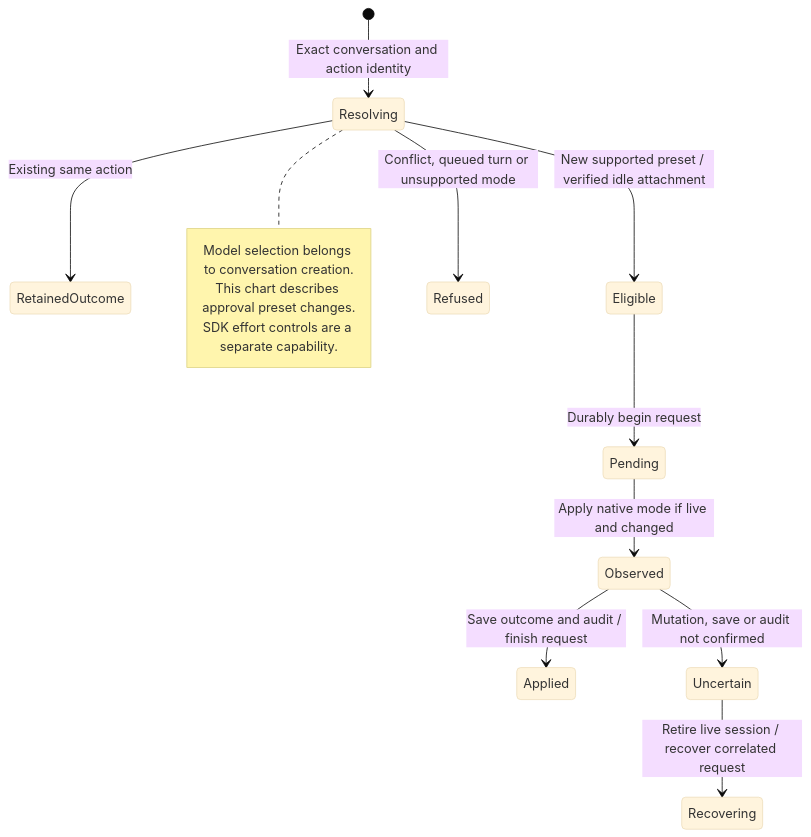
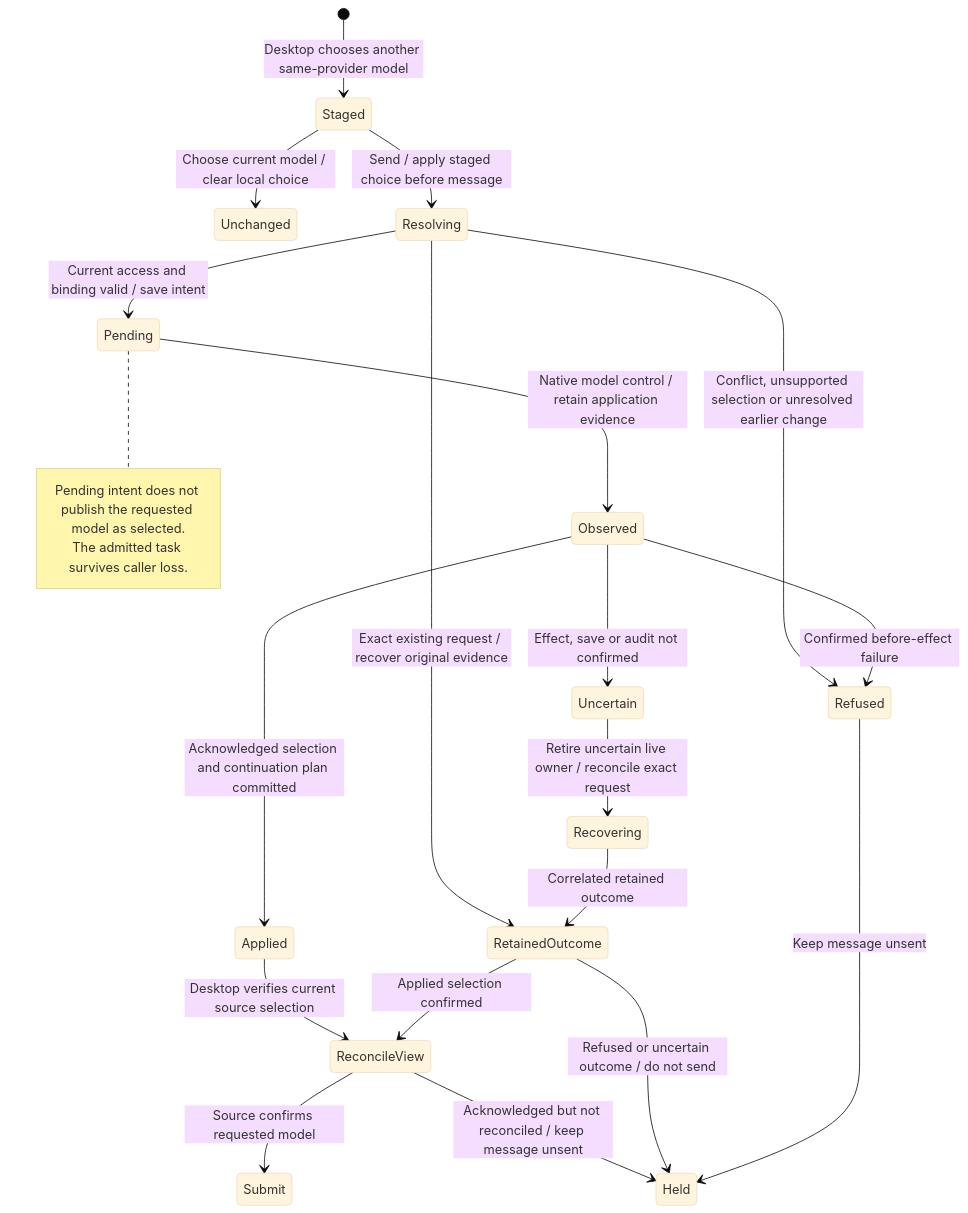
One commit to nessalabs/nessa-agent changed the diagram in docs/state/services/sdk/runtime/select-a-model-approval-preset-or-reasoning-effort.md. Above: the diagram before and after it, drawn with Mermaid (base theme). The commit also changed other lines of this file and 16 other files, not shown here.

Commit message:
docs: reconcile state diagrams with current main lifecycles

````diff
--- a/docs/state/services/sdk/runtime/select-a-model-approval-preset-or-reasoning-effort.md
+++ b/docs/state/services/sdk/runtime/select-a-model-approval-preset-or-reasoning-effort.md
@@ -28,17 +33,25 @@
 ```mermaid
 stateDiagram-v2
-    [*] --> Resolving: Exact conversation and action identity
-    Resolving --> RetainedOutcome: Existing same action
-    Resolving --> Eligible: New supported preset / verified idle attachment
-    Resolving --> Refused: Conflict, queued turn or unsupported mode
-    Eligible --> Pending: Durably begin request
-    Pending --> Observed: Apply native mode if live and changed
-    Observed --> Applied: Save outcome and audit / finish request
-    Observed --> Uncertain: Mutation, save or audit not confirmed
-    Uncertain --> Recovering: Retire live session / recover correlated request
-    note right of Resolving
-        Model selection belongs to conversation creation.
-        This chart describes approval preset changes.
-        SDK effort controls are a separate capability.
+    [*] --> Staged: Desktop chooses another same-provider model
+    Staged --> Unchanged: Choose current model / clear local choice
+    Staged --> Resolving: Send / apply staged choice before message
+    Resolving --> RetainedOutcome: Exact existing request / recover original evidence
+    Resolving --> Pending: Current access and binding valid / save intent
+    Resolving --> Refused: Conflict, unsupported selection or unresolved earlier change
+    Pending --> Observed: Native model control / retain application evidence
+    Observed --> Applied: Acknowledged selection and continuation plan committed
+    Observed --> Refused: Confirmed before-effect failure
+    Observed --> Uncertain: Effect, save or audit not confirmed
+    Uncertain --> Recovering: Retire uncertain live owner / reconcile exact request
+    Recovering --> RetainedOutcome: Correlated retained outcome
+    Applied --> ReconcileView: Desktop verifies current source selection
+    ReconcileView --> Submit: Source confirms requested model
+    ReconcileView --> Held: Acknowledged but not reconciled / keep message unsent
+    RetainedOutcome --> ReconcileView: Applied selection confirmed
+    RetainedOutcome --> Held: Refused or uncertain outcome / do not send
+    Refused --> Held: Keep message unsent
+    note right of Pending
+        Pending intent does not publish the requested model as selected.
+        The admitted task survives caller loss.
     end note
 ```
````
